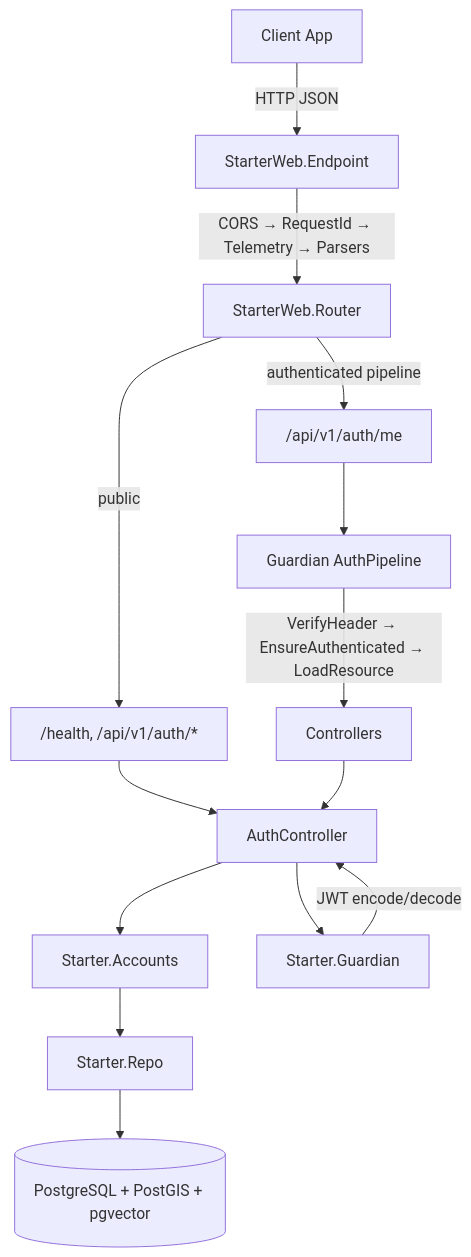
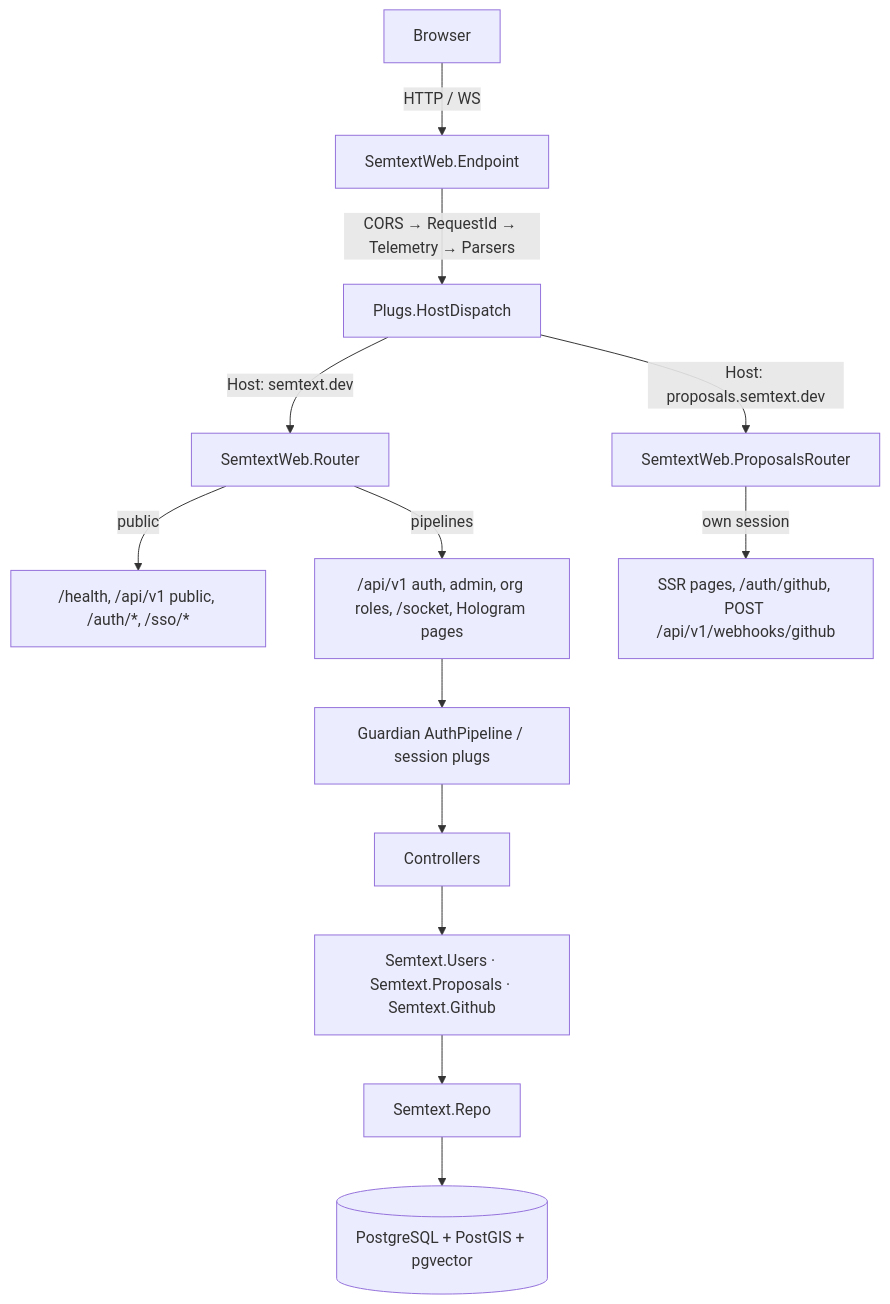
One commit to the-robot-lives/semtext.dev changed the diagram in app/backend/docs/PROJ-ARCH.md. Above: the diagram before and after it, drawn with Mermaid. The commit also changed other lines of this file and 15 other files, not shown here.

First line of the commit message:
docs: doc-sweep 2026-10-26 (layout/arch/schema/threat-model)

````diff
--- a/app/backend/docs/PROJ-ARCH.md
+++ b/app/backend/docs/PROJ-ARCH.md
@@ -11,18 +11,15 @@
 ```mermaid
 graph TB
-    Client[Client App] -->|HTTP JSON| Endpoint
-    Endpoint[StarterWeb.Endpoint] -->|CORS → RequestId → Telemetry → Parsers| Router
-    Router[StarterWeb.Router] -->|public| PublicRoutes["/health, /api/v1/auth/*"]
-    Router -->|authenticated pipeline| ProtectedRoutes["/api/v1/auth/me"]
-    ProtectedRoutes --> AuthPipeline[Guardian AuthPipeline]
-    AuthPipeline -->|VerifyHeader → EnsureAuthenticated → LoadResource| Controllers
-
-    PublicRoutes --> AuthCtrl[AuthController]
-    Controllers --> AuthCtrl
-    AuthCtrl --> Accounts[Starter.Accounts]
-    Accounts --> Repo[Starter.Repo]
+    Client[Browser] -->|HTTP / WS| Endpoint
+    Endpoint[SemtextWeb.Endpoint] -->|CORS → RequestId → Telemetry → Parsers| HostDispatch[Plugs.HostDispatch]
+    HostDispatch -->|"Host: semtext.dev"| Router[SemtextWeb.Router]
+    HostDispatch -->|"Host: proposals.semtext.dev"| ProposalsRouter[SemtextWeb.ProposalsRouter]
+    Router -->|public| PublicRoutes["/health, /api/v1 public, /auth/*, /sso/*"]
+    Router -->|pipelines| ProtectedRoutes["/api/v1 auth, admin, org roles, /socket, Hologram pages"]
+    ProposalsRouter -->|own session| ProposalsPages["SSR pages, /auth/github, POST /api/v1/webhooks/github"]
+    ProtectedRoutes --> AuthPipeline[Guardian AuthPipeline / session plugs]
+    AuthPipeline --> Controllers
+    Controllers --> Users[Semtext.Users · Semtext.Proposals · Semtext.Github]
+    Users --> Repo[Semtext.Repo]
     Repo --> PG[(PostgreSQL + PostGIS + pgvector)]
-
-    AuthCtrl --> Guardian[Starter.Guardian]
-    Guardian -->|JWT encode/decode| AuthCtrl
 ```
````
